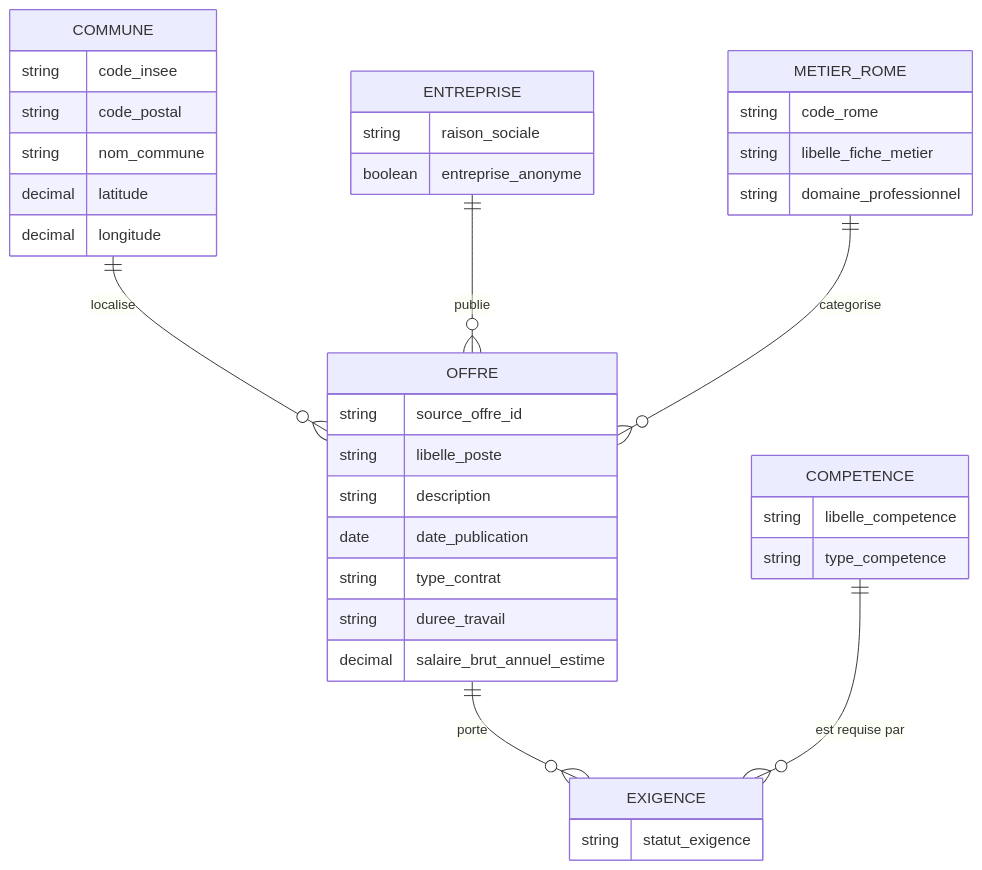
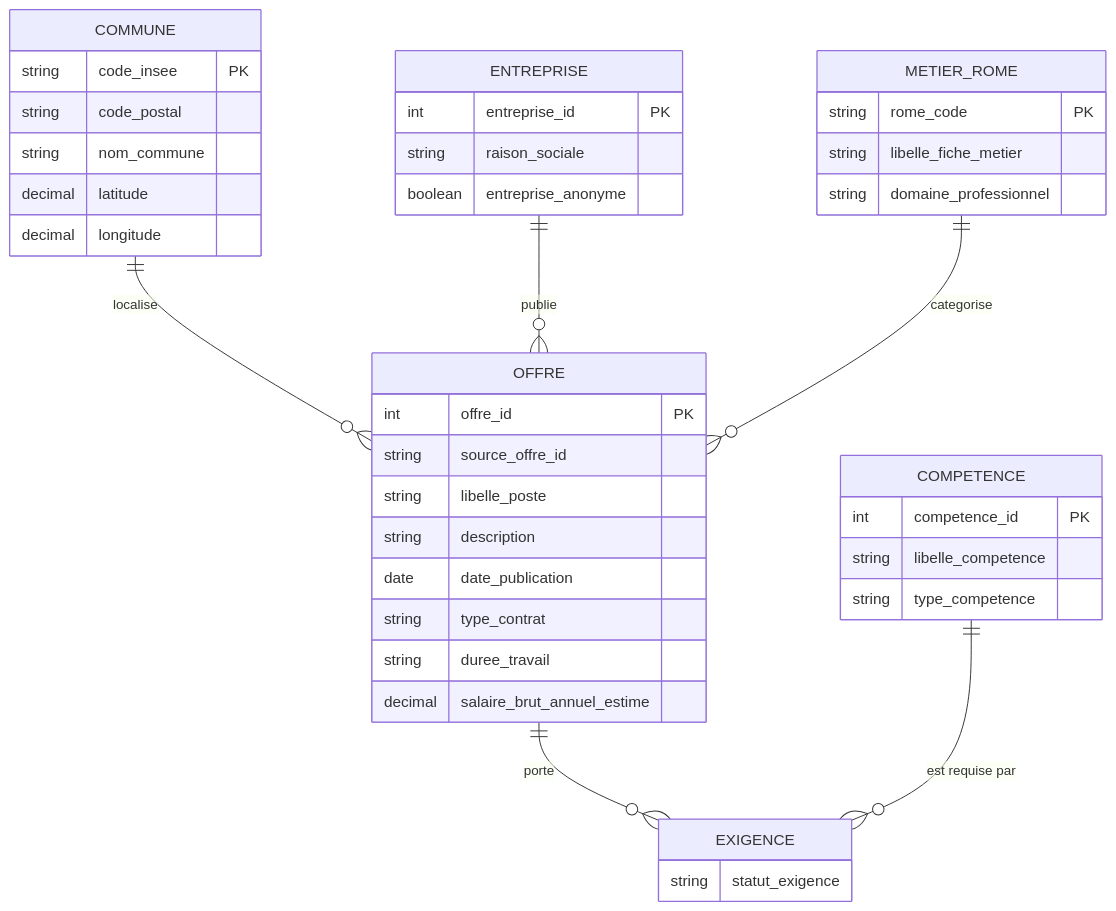
Before and after one commit to ArashiNilou/TP_Cours_Audit_Cartographie_SQL: the first of 2 diagrams in README.md, drawn with Mermaid. The commit also changed other lines of this file and 27 other files, not shown here.

````diff
--- a/README.md
+++ b/README.md
@@ -286,41 +395,44 @@
 ```mermaid
 erDiagram
     COMMUNE ||--o{ OFFRE : "localise"
     ENTREPRISE ||--o{ OFFRE : "publie"
     METIER_ROME ||--o{ OFFRE : "categorise"
     OFFRE ||--o{ EXIGENCE : "porte"
     COMPETENCE ||--o{ EXIGENCE : "est requise par"
 
     COMMUNE {
-        string code_insee
+        string code_insee PK
         string code_postal
         string nom_commune
         decimal latitude
         decimal longitude
     }
     ENTREPRISE {
+        int entreprise_id PK
         string raison_sociale
         boolean entreprise_anonyme
     }
     METIER_ROME {
-        string code_rome
+        string rome_code PK
         string libelle_fiche_metier
         string domaine_professionnel
     }
     OFFRE {
+        int offre_id PK
         string source_offre_id
         string libelle_poste
         string description
         date date_publication
         string type_contrat
         string duree_travail
         decimal salaire_brut_annuel_estime
     }
     COMPETENCE {
+        int competence_id PK
         string libelle_competence
         string type_competence
     }
     EXIGENCE {
         string statut_exigence
     }
 ```
````
